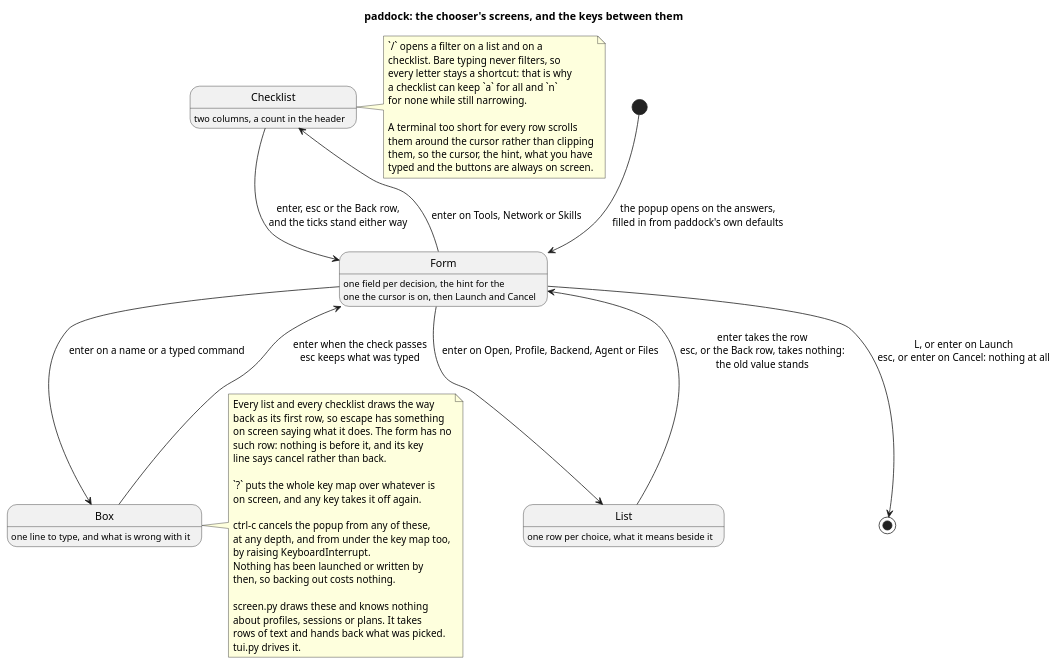
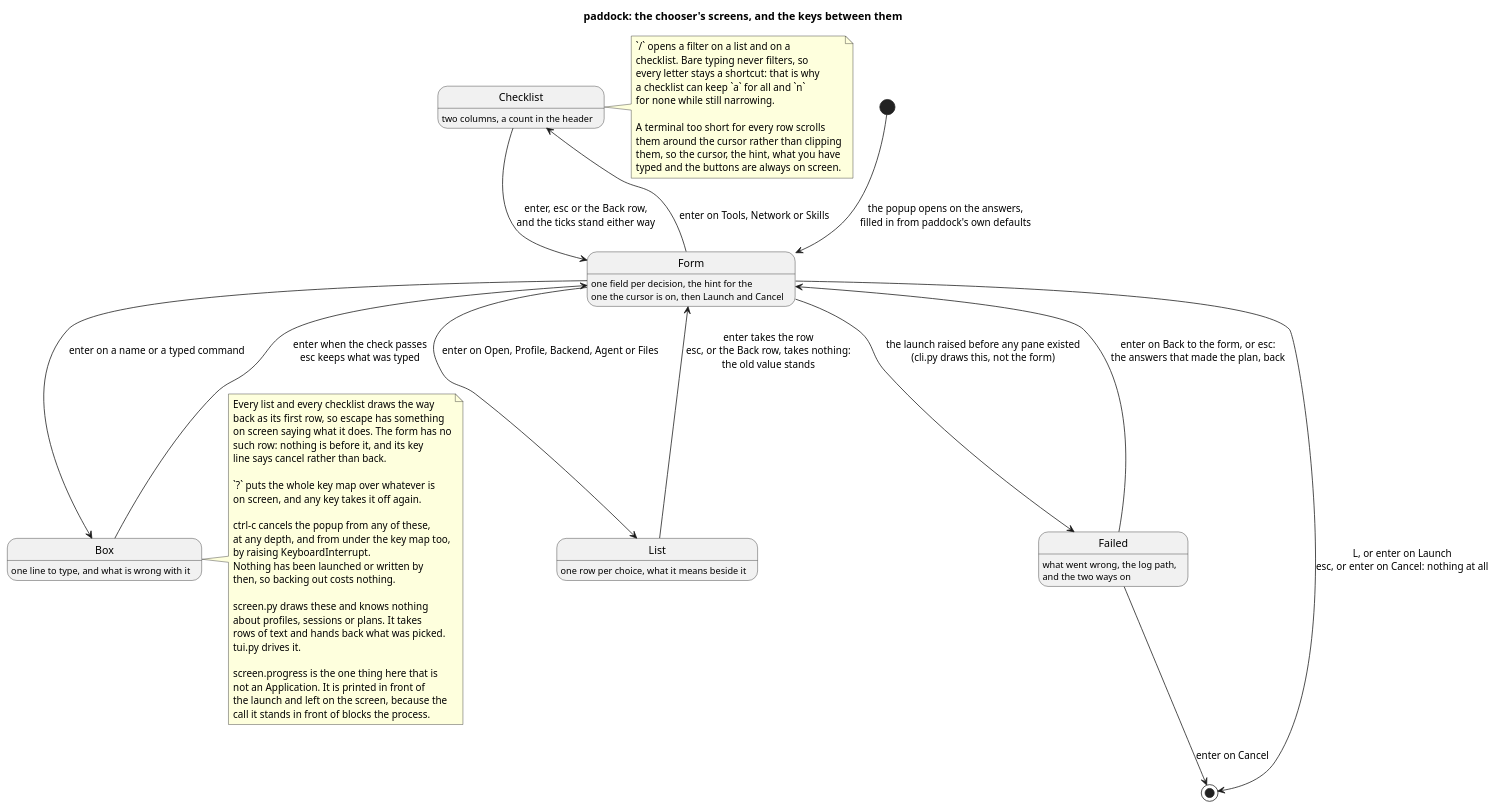
One commit to paddock-sh/paddock changed the diagram in docs/diagrams/chooser_keys.puml. Above: the diagram before and after it, drawn with PlantUML. The commit also changed 1 other file, not shown here.

Commit message:
docs: the component and key diagrams catch up with the new screens
architecture.puml still said four screens and left the registry's required
tools out. chooser_keys.puml had no state for the one a failed launch ends on,
or for the progress lines, which are the one thing screen.py prints rather
than draws.

```diff
--- a/docs/diagrams/chooser_keys.puml
+++ b/docs/diagrams/chooser_keys.puml
@@ -1,57 +1,66 @@
 @startuml chooser_keys
 title paddock: the chooser's screens, and the keys between them
 
 skinparam shadowing false
 hide empty description
 
 [*] --> Form : the popup opens on the answers,\nfilled in from paddock's own defaults
 
 state Form : one field per decision, the hint for the\none the cursor is on, then Launch and Cancel
 state "List" as Pick : one row per choice, what it means beside it
 state "Checklist" as Tick : two columns, a count in the header
 state "Box" as Type : one line to type, and what is wrong with it
+state "Failed" as Failed : what went wrong, the log path,\nand the two ways on
 
 Form --> Pick : enter on Open, Profile, Backend, Agent or Files
 Form --> Tick : enter on Tools, Network or Skills
 Form --> Type : enter on a name or a typed command
 Pick --> Form : enter takes the row\nesc, or the Back row, takes nothing:\nthe old value stands
 Tick --> Form : enter, esc or the Back row,\nand the ticks stand either way
 Type --> Form : enter when the check passes\nesc keeps what was typed
+Form --> Failed : the launch raised before any pane existed\n(cli.py draws this, not the form)
+Failed --> Form : enter on Back to the form, or esc:\nthe answers that made the plan, back
+Failed --> [*] : enter on Cancel
 Form --> [*] : L, or enter on Launch\nesc, or enter on Cancel: nothing at all
 
 note right of Tick
   `/` opens a filter on a list and on a
   checklist. Bare typing never filters, so
   every letter stays a shortcut: that is why
   a checklist can keep `a` for all and `n`
   for none while still narrowing.
 
   A terminal too short for every row scrolls
   them around the cursor rather than clipping
   them, so the cursor, the hint, what you have
   typed and the buttons are always on screen.
 end note
 
 note right of Type
   Every list and every checklist draws the way
   back as its first row, so escape has something
   on screen saying what it does. The form has no
   such row: nothing is before it, and its key
   line says cancel rather than back.
 
   `?` puts the whole key map over whatever is
   on screen, and any key takes it off again.
 
   ctrl-c cancels the popup from any of these,
   at any depth, and from under the key map too,
   by raising KeyboardInterrupt.
   Nothing has been launched or written by
   then, so backing out costs nothing.
 
   screen.py draws these and knows nothing
   about profiles, sessions or plans. It takes
   rows of text and hands back what was picked.
   tui.py drives it.
+
+  screen.progress is the one thing here that is
+  not an Application. It is printed in front of
+  the launch and left on the screen, because the
+  call it stands in front of blocks the process.
 end note
 
 @enduml
```
